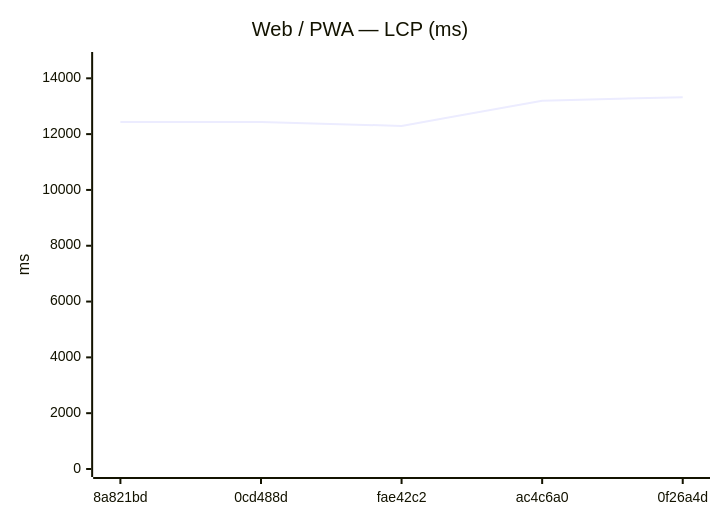
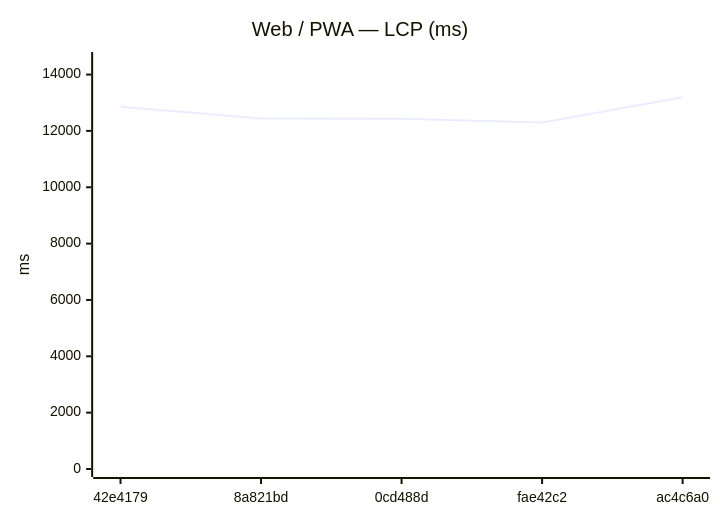
One commit to Metaheurist/Rianell changed the seventh of 18 diagrams in benchmarks/compare.md. Above: the diagram before and after it, drawn with Mermaid. The commit also changed other lines of this file and 11 other files, not shown here.

````diff
--- a/benchmarks/compare.md
+++ b/benchmarks/compare.md
@@ -117,7 +117,7 @@
 ```mermaid
 xychart-beta
     title "Web / PWA — LCP (ms)"
-    x-axis ["8a821bd", "0cd488d", "fae42c2", "ac4c6a0", "0f26a4d"]
-    y-axis "ms" 0 --> 14656
-    line [12437, 12430, 12295, 13197, 13323]
+    x-axis ["42e4179", "8a821bd", "0cd488d", "fae42c2", "ac4c6a0"]
+    y-axis "ms" 0 --> 14517
+    line [12854, 12437, 12430, 12295, 13197]
 ```
````
